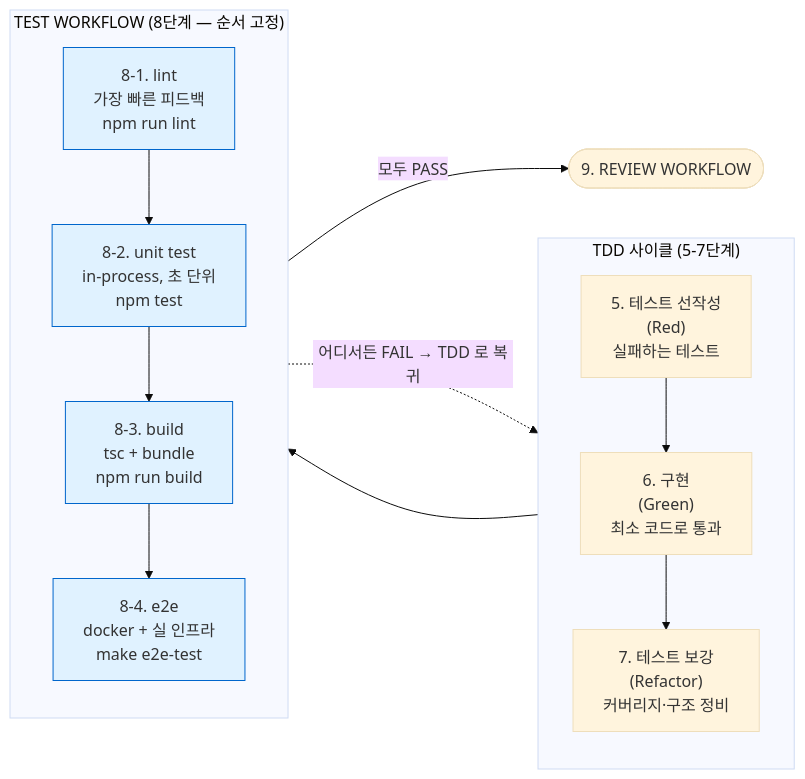
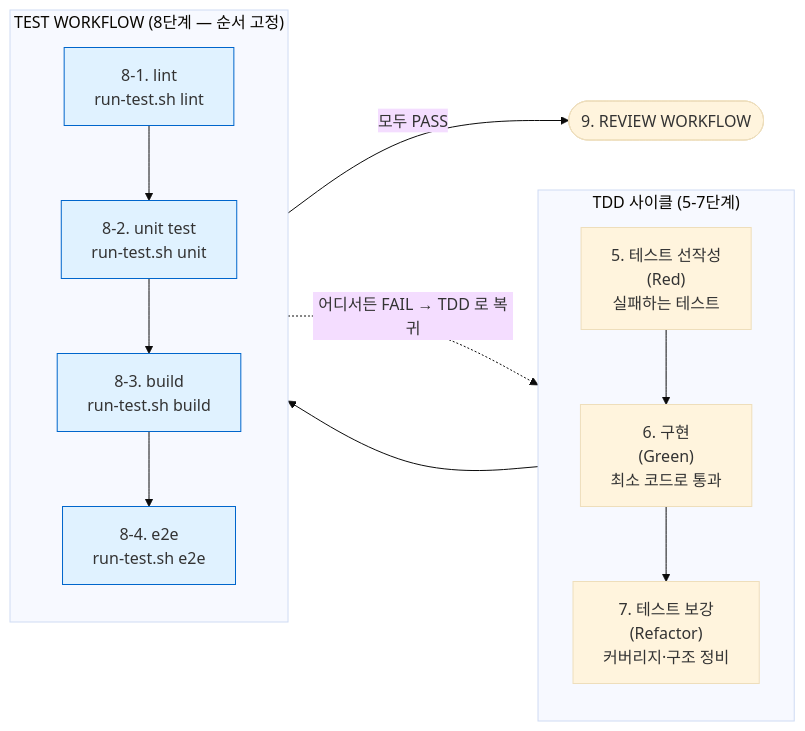
Before and after one commit to worker-ants/claude-code-harness: the third of 8 diagrams in OVERVIEW.md, drawn with Mermaid (base theme). The commit also changed other lines of this file and 45 other files, not shown here.

````diff
--- a/OVERVIEW.md
+++ b/OVERVIEW.md
@@ -166,28 +174,28 @@
 ```mermaid
 flowchart LR
     subgraph TDD["TDD 사이클 (5-7단계)"]
         direction TB
         T1["5. 테스트 선작성<br/>(Red)<br/>실패하는 테스트"]
         T2["6. 구현<br/>(Green)<br/>최소 코드로 통과"]
         T3["7. 테스트 보강<br/>(Refactor)<br/>커버리지·구조 정비"]
         T1 --> T2 --> T3
     end
 
     subgraph TEST["TEST WORKFLOW (8단계 — 순서 고정)"]
         direction TB
-        S1["8-1. lint<br/>가장 빠른 피드백<br/>npm run lint"]
-        S2["8-2. unit test<br/>in-process, 초 단위<br/>npm test"]
-        S3["8-3. build<br/>tsc + bundle<br/>npm run build"]
-        S4["8-4. e2e<br/>docker + 실 인프라<br/>make e2e-test"]
+        S1["8-1. lint<br/>run-test.sh lint"]
+        S2["8-2. unit test<br/>run-test.sh unit"]
+        S3["8-3. build<br/>run-test.sh build"]
+        S4["8-4. e2e<br/>run-test.sh e2e"]
         S1 --> S2 --> S3 --> S4
     end
 
     TDD --> TEST
     TEST -->|"모두 PASS"| Done(["9. REVIEW WORKFLOW"])
     TEST -.->|"어디서든 FAIL → TDD 로 복귀"| TDD
 
     style S1 fill:#e0f2ff,stroke:#06c
     style S2 fill:#e0f2ff,stroke:#06c
     style S3 fill:#e0f2ff,stroke:#06c
     style S4 fill:#e0f2ff,stroke:#06c
 ```
````
